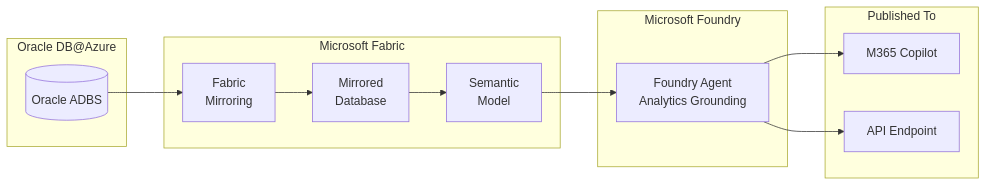
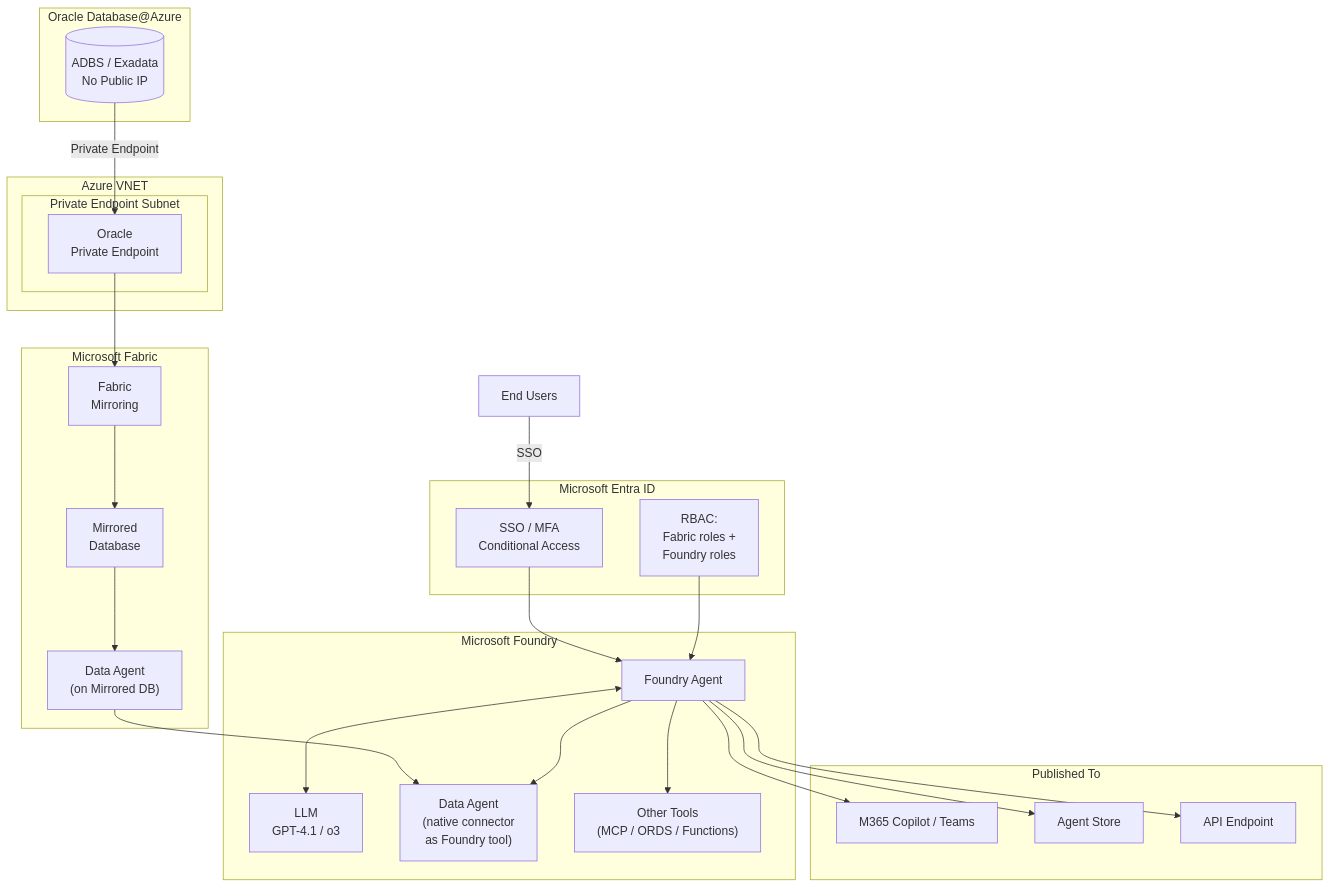
One commit to ryellajo12/ODAA-AI-Playbook changed the seventh of 8 diagrams in docs/02-reference-architectures.md. Above: the diagram before and after it, drawn with Mermaid. The commit also changed other lines of this file and 3 other files, not shown here.

First line of the commit message:
Update Category 2: Mirrored DB + Data Agents with Entra ID, private networking, RBAC, publishing options

````diff
--- a/docs/02-reference-architectures.md
+++ b/docs/02-reference-architectures.md
@@ -380,28 +445,51 @@
 ```mermaid
-graph LR
-    subgraph ODA["Oracle DB@Azure"]
-        DB[("Oracle ADBS")]
+graph TB
+    subgraph EntraID["Microsoft Entra ID"]
+        AUTH["SSO / MFA<br/>Conditional Access"]
+        RBAC_E["RBAC:<br/>Fabric roles +<br/>Foundry roles"]
+    end
+
+    subgraph VNET["Azure VNET"]
+        subgraph PESub["Private Endpoint Subnet"]
+            PE_ORA["Oracle<br/>Private Endpoint"]
+        end
+    end
+
+    subgraph ODA["Oracle Database@Azure"]
+        DB[("ADBS / Exadata<br/>No Public IP")]
     end
 
     subgraph Fabric["Microsoft Fabric"]
         MIRROR["Fabric<br/>Mirroring"]
         MDB["Mirrored<br/>Database"]
-        SEM["Semantic<br/>Model"]
+        DA["Data Agent<br/>(on Mirrored DB)"]
     end
 
-    subgraph AI["Microsoft Foundry"]
-        FAGENT["Foundry Agent<br/>Analytics Grounding"]
+    subgraph Foundry["Microsoft Foundry"]
+        FAGENT["Foundry Agent"]
+        LLM["LLM<br/>GPT-4.1 / o3"]
+        DA_TOOL["Data Agent<br/>(native connector<br/>as Foundry tool)"]
+        OTHER["Other Tools<br/>(MCP / ORDS / Functions)"]
     end
 
     subgraph Publish["Published To"]
-        M365["M365 Copilot"]
+        M365["M365 Copilot / Teams"]
+        STORE["Agent Store"]
         API["API Endpoint"]
     end
 
-    DB --> MIRROR
+    EU["End Users"] -->|SSO| AUTH
+    AUTH --> FAGENT
+    RBAC_E --> FAGENT
+    DB -->|Private Endpoint| PE_ORA
+    PE_ORA --> MIRROR
     MIRROR --> MDB
-    MDB --> SEM
-    SEM --> FAGENT
+    MDB --> DA
+    DA --> DA_TOOL
+    FAGENT <--> LLM
+    FAGENT --> DA_TOOL
+    FAGENT --> OTHER
     FAGENT --> M365
+    FAGENT --> STORE
     FAGENT --> API
 ```
````
